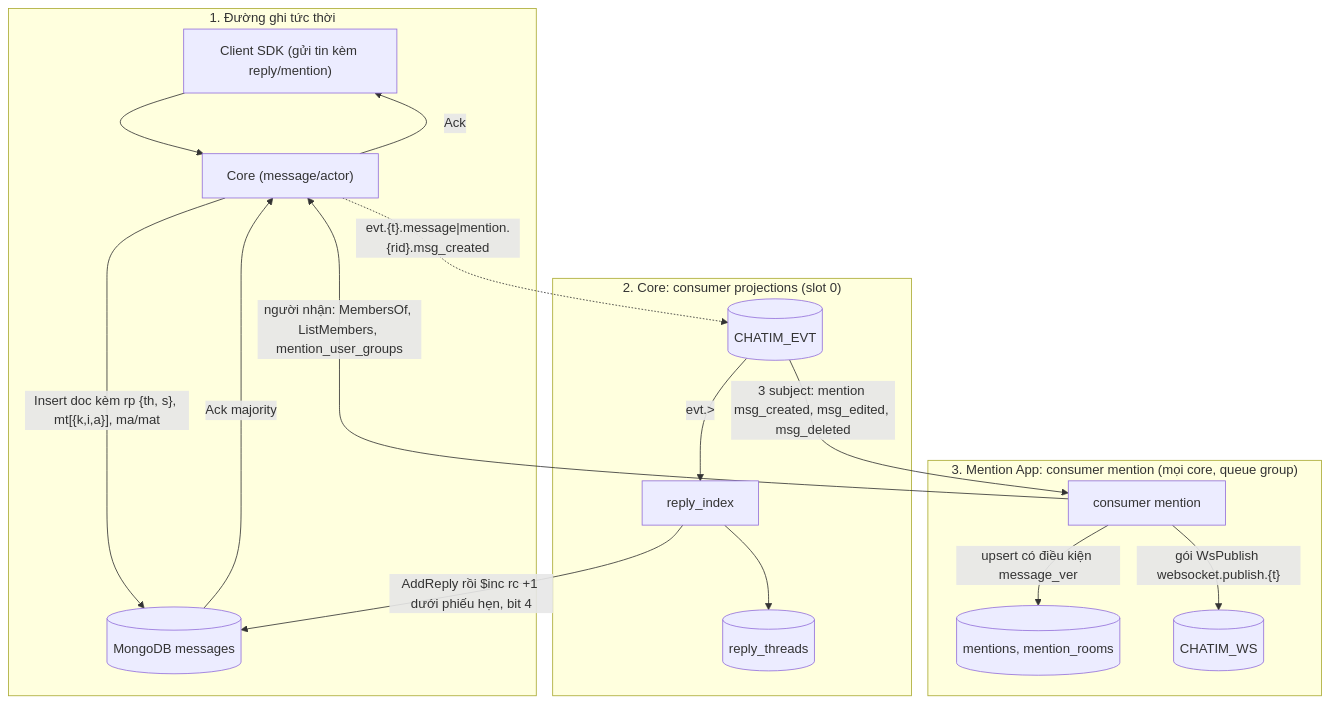
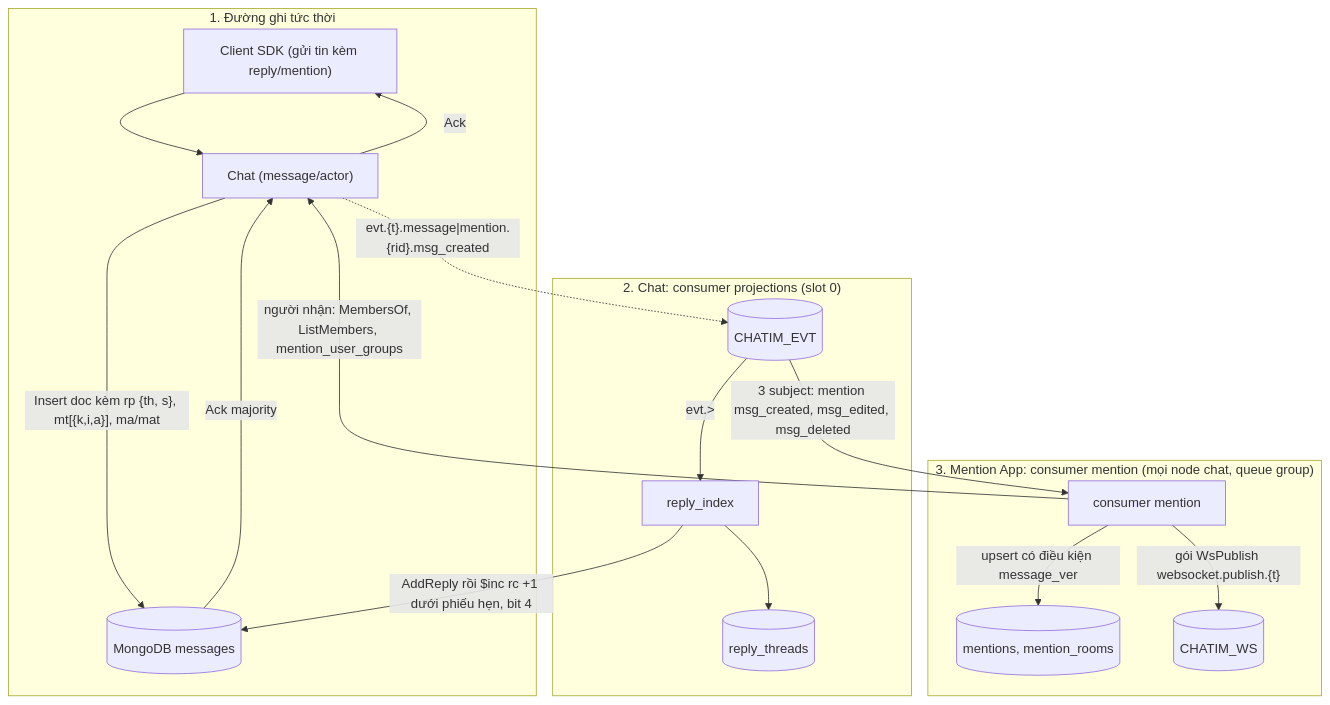
One commit to ivannguyendev/chatim changed the first of 2 diagrams in docs/modules/06-feature-threads-replies-and-mentions.md. Above: the diagram before and after it, drawn with Mermaid. The commit also changed other lines of this file and 332 other files, not shown here.

````diff
--- a/docs/modules/06-feature-threads-replies-and-mentions.md
+++ b/docs/modules/06-feature-threads-replies-and-mentions.md
@@ -32,24 +32,24 @@
 ```mermaid
 flowchart TD
-    Client["Client SDK (gửi tin kèm reply/mention)"] --> Core["Core (message/actor)"]
+    Client["Client SDK (gửi tin kèm reply/mention)"] --> Chat["Chat (message/actor)"]
 
     subgraph FastPath["1. Đường ghi tức thời"]
-        Core -->|"Insert doc kèm rp {th, s}, mt[{k,i,a}], ma/mat"| MongoMsg[("MongoDB messages")]
-        MongoMsg -->|Ack majority| Core
-        Core -->|Ack| Client
+        Chat -->|"Insert doc kèm rp {th, s}, mt[{k,i,a}], ma/mat"| MongoMsg[("MongoDB messages")]
+        MongoMsg -->|Ack majority| Chat
+        Chat -->|Ack| Client
     end
 
-    subgraph Replies["2. Core: consumer projections (slot 0)"]
-        Core -.->|"evt.{t}.message|mention.{rid}.msg_created"| Evt[("CHATIM_EVT")]
+    subgraph Replies["2. Chat: consumer projections (slot 0)"]
+        Chat -.->|"evt.{t}.message|mention.{rid}.msg_created"| Evt[("CHATIM_EVT")]
         Evt -->|"evt.>"| RI["reply_index"]
         RI -->|"AddReply rồi $inc rc +1 dưới phiếu hẹn, bit 4"| MongoMsg
         RI --> Threads[("reply_threads")]
     end
 
-    subgraph Mentions["3. Mention App: consumer mention (mọi core, queue group)"]
+    subgraph Mentions["3. Mention App: consumer mention (mọi node chat, queue group)"]
         Evt -->|"3 subject: mention msg_created, msg_edited, msg_deleted"| MA["consumer mention"]
         MA -->|"upsert có điều kiện message_ver"| Ments[("mentions, mention_rooms")]
-        MA -->|"người nhận: MembersOf, ListMembers, mention_user_groups"| Core
+        MA -->|"người nhận: MembersOf, ListMembers, mention_user_groups"| Chat
         MA -->|"gói WsPublish websocket.publish.{t}"| Notify[("CHATIM_WS")]
     end
 ```
````
